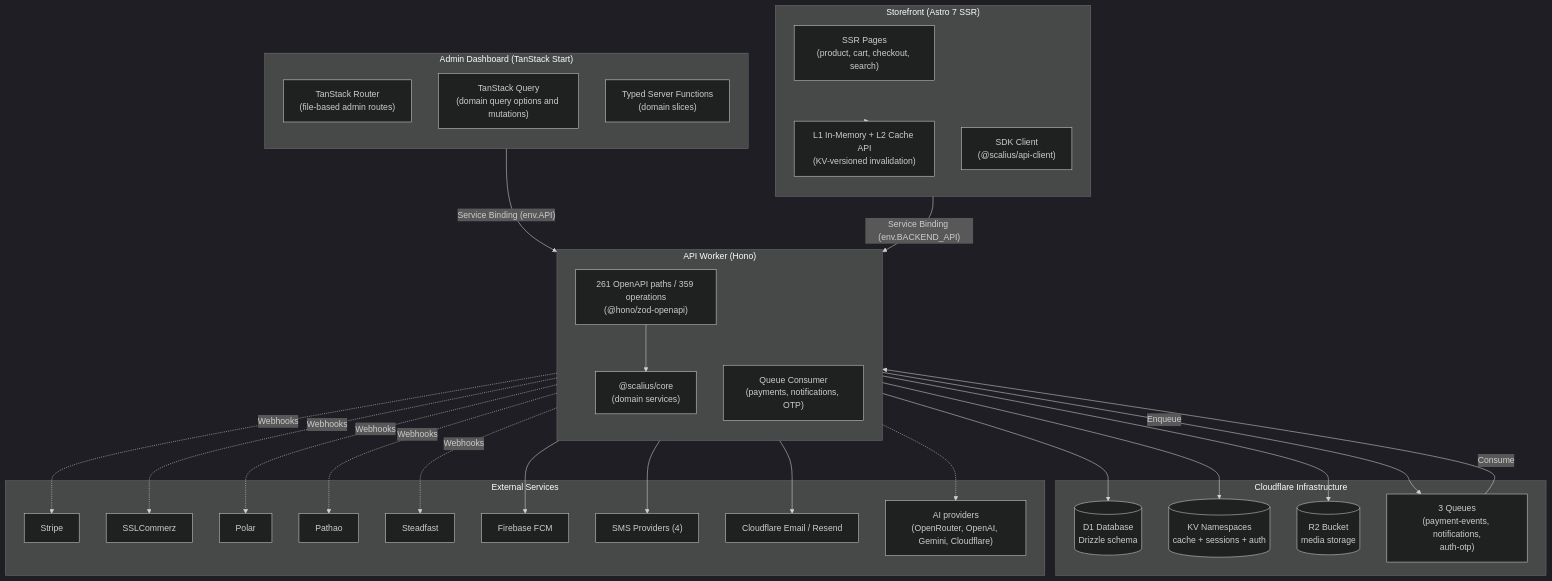
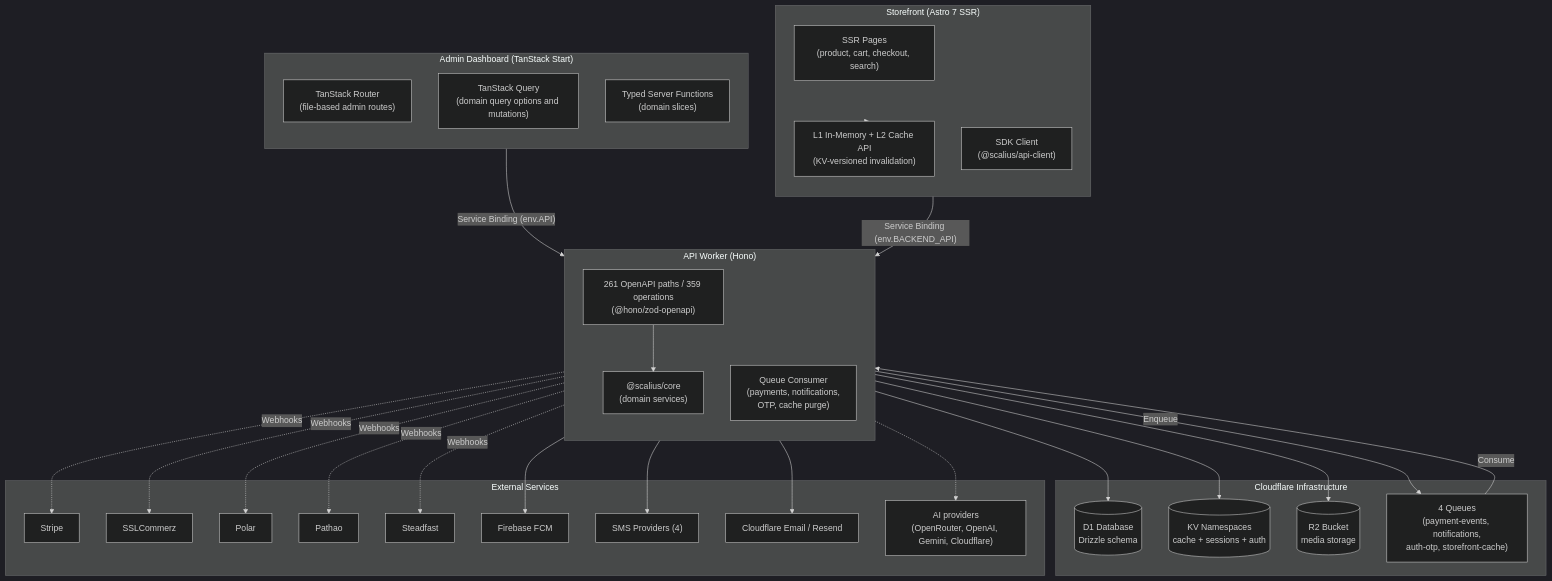
Before and after one commit to scaliuslabs/scalius-commerce-lite: the first of 3 diagrams in README.md, drawn with Mermaid (dark theme). The commit also changed other lines of this file and 17 other files, not shown here.

Commit message:
Add durable storefront cache purge queue

````diff
--- a/README.md
+++ b/README.md
@@ -87,62 +87,62 @@
 ```mermaid
 flowchart TB
     subgraph AdminV2 ["Admin Dashboard (TanStack Start)"]
         direction TB
         TSRouter["TanStack Router<br/>(file-based admin routes)"]
         TSQuery["TanStack Query<br/>(domain query options and mutations)"]
         ServerFns["Typed Server Functions<br/>(domain slices)"]
     end
 
     subgraph Storefront ["Storefront (Astro 7 SSR)"]
         direction TB
         AstroPages["SSR Pages<br/>(product, cart, checkout, search)"]
         EdgeCache["L1 In-Memory + L2 Cache API<br/>(KV-versioned invalidation)"]
         SDKClient["SDK Client<br/>(@scalius/api-client)"]
     end
 
     subgraph API ["API Worker (Hono)"]
         direction TB
         HonoApp["261 OpenAPI paths / 359 operations<br/>(@hono/zod-openapi)"]
-        QueueConsumer["Queue Consumer<br/>(payments, notifications, OTP)"]
+        QueueConsumer["Queue Consumer<br/>(payments, notifications,<br/>OTP, cache purge)"]
         CoreModules["@scalius/core<br/>(domain services)"]
     end
 
     subgraph Infra ["Cloudflare Infrastructure"]
         D1[(D1 Database<br/>Drizzle schema)]
         KV[(KV Namespaces<br/>cache + sessions + auth)]
         R2[(R2 Bucket<br/>media storage)]
-        Queues["3 Queues<br/>(payment-events, notifications,<br/>auth-otp)"]
+        Queues["4 Queues<br/>(payment-events, notifications,<br/>auth-otp, storefront-cache)"]
     end
 
     subgraph External ["External Services"]
         Stripe["Stripe"]
         SSLCommerz["SSLCommerz"]
         Polar["Polar"]
         Pathao["Pathao"]
         Steadfast["Steadfast"]
         Firebase["Firebase FCM"]
         SMS["SMS Providers (4)"]
         EmailProvider["Cloudflare Email / Resend"]
         AIProviders["AI providers<br/>(OpenRouter, OpenAI, Gemini, Cloudflare)"]
     end
 
     AdminV2 -->|"Service Binding (env.API)"| API
     Storefront -->|"Service Binding (env.BACKEND_API)"| API
     API --> D1
     API --> KV
     API --> R2
     API -->|Enqueue| Queues
     Queues -->|Consume| QueueConsumer
     QueueConsumer --> Firebase
     QueueConsumer --> SMS
     QueueConsumer --> EmailProvider
     HonoApp --> CoreModules
     Storefront --> EdgeCache
 
     API -.->|Webhooks| Stripe
     API -.->|Webhooks| SSLCommerz
     API -.->|Webhooks| Polar
     API -.->|Webhooks| Pathao
     API -.->|Webhooks| Steadfast
     API -.-> AIProviders
 ```
````
